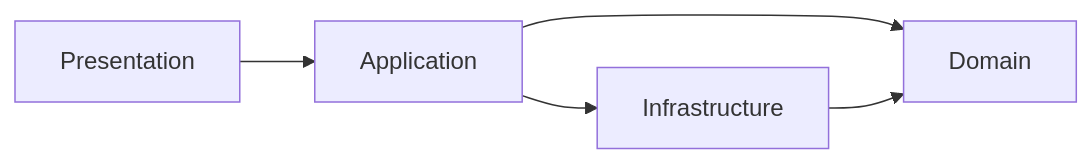
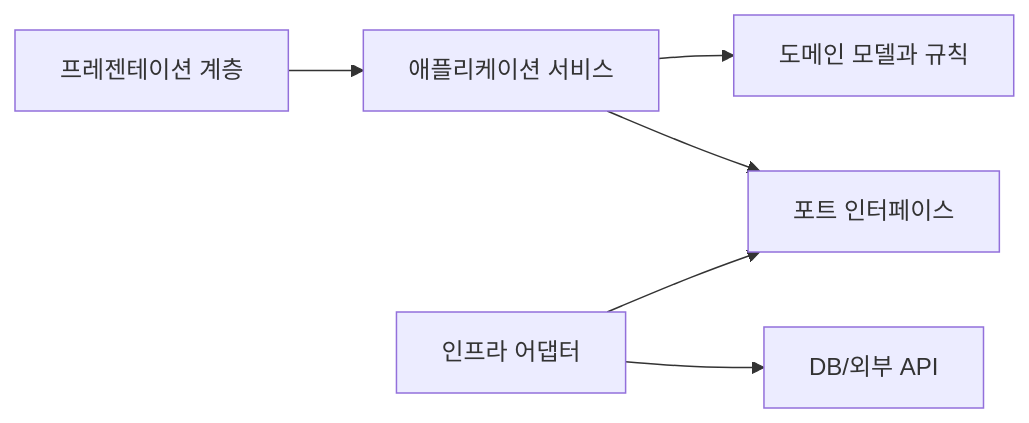
One commit to yeongseon-books/book-content changed the diagram in docs/ko/software-design-101/06-layered-architecture.md. Above: the diagram before and after it, drawn with Mermaid. The commit also changed other lines of this file and 4143 other files, not shown here.

````diff
--- a/docs/ko/software-design-101/06-layered-architecture.md
+++ b/docs/ko/software-design-101/06-layered-architecture.md
@@ -36,7 +241,8 @@
 ```mermaid
 flowchart LR
-    UI["Presentation"] --> APP["Application"]
-    APP --> DOM["Domain"]
-    APP --> INF["Infrastructure"]
-    INF --> DOM
+    UI["프레젠테이션 계층"] --> APP["애플리케이션 서비스"]
+    APP --> DOMAIN["도메인 모델과 규칙"]
+    APP --> PORT["포트 인터페이스"]
+    ADAPTER["인프라 어댑터"] --> PORT
+    ADAPTER --> EXT["DB/외부 API"]
 ```
````
